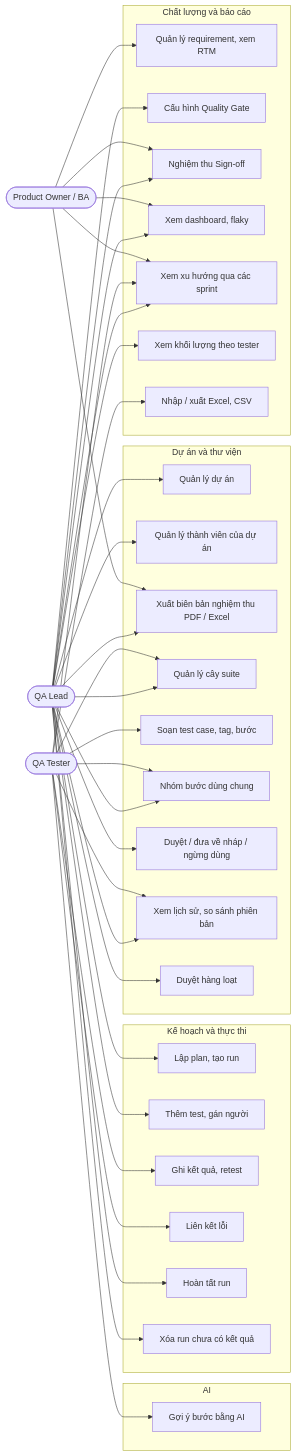
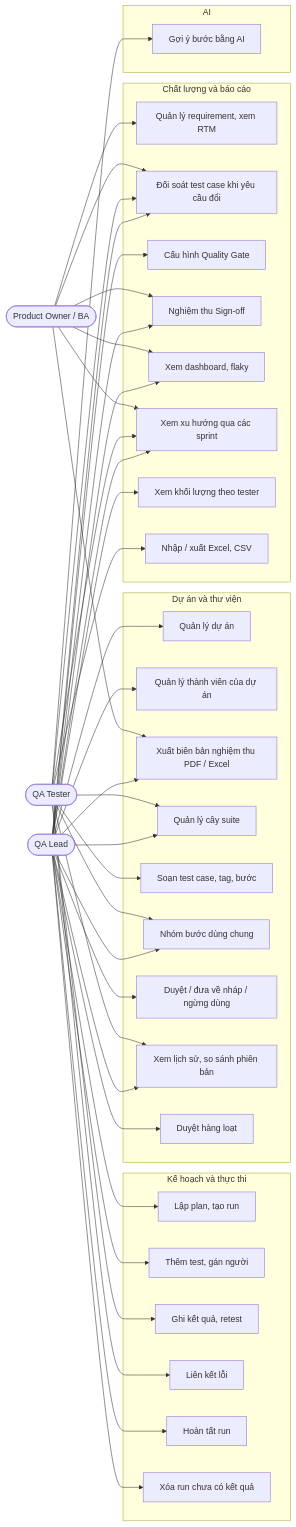
One commit to Huyit2k5/testcase_manager changed diagram 20 of 22 in BUSINESS_ANALYSIS_TEST_CASE_MANAGEMENT.md. Above: the diagram before and after it, drawn with Mermaid. The commit also changed other lines of this file and 38 other files, not shown here.

````diff
--- a/BUSINESS_ANALYSIS_TEST_CASE_MANAGEMENT.md
+++ b/BUSINESS_ANALYSIS_TEST_CASE_MANAGEMENT.md
@@ -603,42 +628,43 @@
 ```mermaid
 flowchart LR
     QL(["QA Lead"])
     QT(["QA Tester"])
     PO(["Product Owner / BA"])
 
     subgraph PRJ["Dự án và thư viện"]
         U1["Quản lý dự án"]
         U20["Quản lý thành viên của dự án"]
         U21["Xuất biên bản nghiệm thu PDF / Excel"]
         U2["Quản lý cây suite"]
         U3["Soạn test case, tag, bước"]
         U4["Nhóm bước dùng chung"]
         U5["Duyệt / đưa về nháp / ngừng dùng"]
         U17["Xem lịch sử, so sánh phiên bản"]
         U19["Duyệt hàng loạt"]
     end
     subgraph EXE["Kế hoạch và thực thi"]
         U6["Lập plan, tạo run"]
         U7["Thêm test, gán người"]
         U8["Ghi kết quả, retest"]
         U9["Liên kết lỗi"]
         U10["Hoàn tất run"]
         U18["Xóa run chưa có kết quả"]
     end
     subgraph QUA["Chất lượng và báo cáo"]
         U11["Quản lý requirement, xem RTM"]
+        U24["Đối soát test case khi yêu cầu đổi"]
         U12["Cấu hình Quality Gate"]
         U13["Nghiệm thu Sign-off"]
         U14["Xem dashboard, flaky"]
         U22["Xem xu hướng qua các sprint"]
         U23["Xem khối lượng theo tester"]
         U15["Nhập / xuất Excel, CSV"]
     end
     subgraph AUT["AI"]
         U16["Gợi ý bước bằng AI"]
     end
 
-    QL --> U1 & U2 & U4 & U5 & U6 & U7 & U10 & U12 & U13 & U14 & U17 & U18 & U19 & U20 & U21 & U22 & U23
-    QT --> U2 & U3 & U4 & U8 & U9 & U15 & U16 & U17 & U22
-    PO --> U11 & U13 & U14 & U21 & U22
+    QL --> U1 & U2 & U4 & U5 & U6 & U7 & U10 & U12 & U13 & U14 & U17 & U18 & U19 & U20 & U21 & U22 & U23 & U24
+    QT --> U2 & U3 & U4 & U8 & U9 & U15 & U16 & U17 & U22 & U24
+    PO --> U11 & U13 & U14 & U21 & U22 & U24
 ```
````
